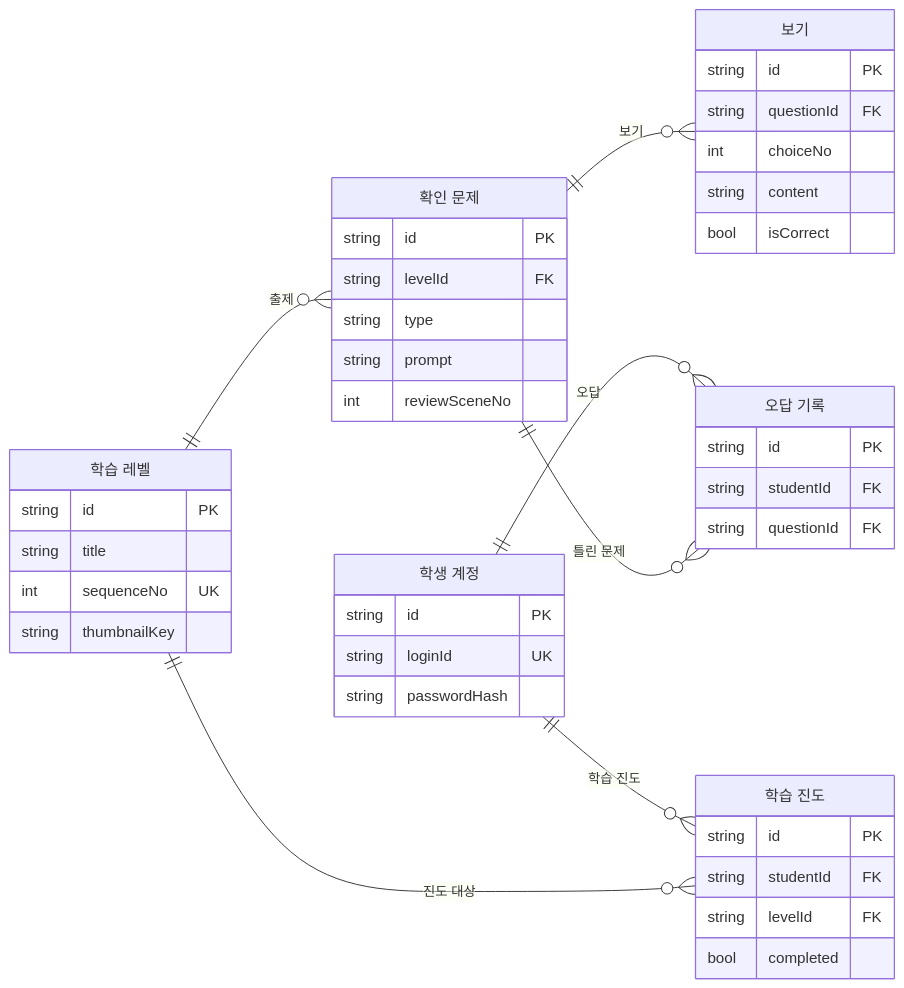
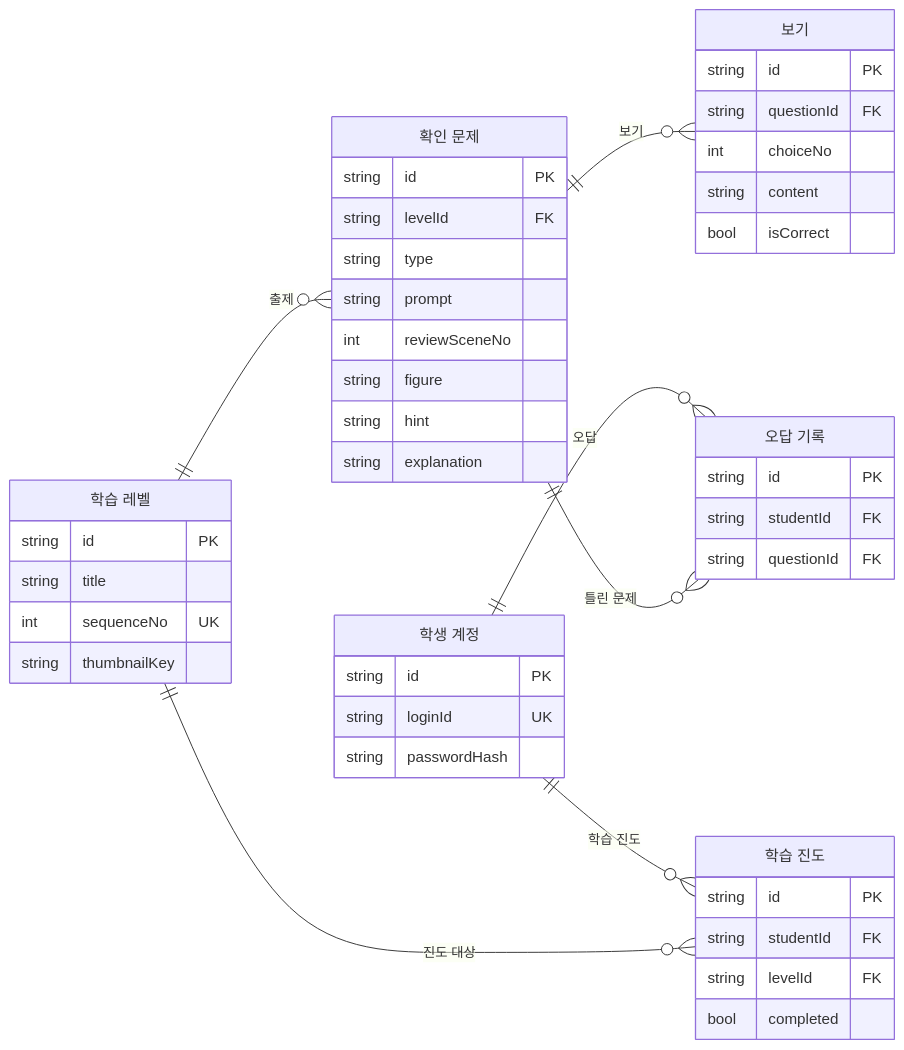
One commit to jsjin7371/dynamic-geometry-book changed the diagram in docs/ERD.md. Above: the diagram before and after it, drawn with Mermaid. The commit also changed other lines of this file and 3 other files, not shown here.

````diff
--- a/docs/ERD.md
+++ b/docs/ERD.md
@@ -32,46 +32,49 @@
 ```mermaid
 erDiagram
     direction LR
     student["학생 계정"] {
         string id PK
         string loginId UK
         string passwordHash
     }
     level["학습 레벨"] {
         string id PK
         string title
         int sequenceNo UK
         string thumbnailKey
     }
     question["확인 문제"] {
         string id PK
         string levelId FK
         string type
         string prompt
         int reviewSceneNo
+        string figure
+        string hint
+        string explanation
     }
     answerChoice["보기"] {
         string id PK
         string questionId FK
         int choiceNo
         string content
         bool isCorrect
     }
     progress["학습 진도"] {
         string id PK
         string studentId FK
         string levelId FK
         bool completed
     }
     wrongAnswer["오답 기록"] {
         string id PK
         string studentId FK
         string questionId FK
     }
     level ||--o{ question : "출제"
     question ||--o{ answerChoice : "보기"
     student ||--o{ progress : "학습 진도"
     level ||--o{ progress : "진도 대상"
     student ||--o{ wrongAnswer : "오답"
     question ||--o{ wrongAnswer : "틀린 문제"
 ```
````
